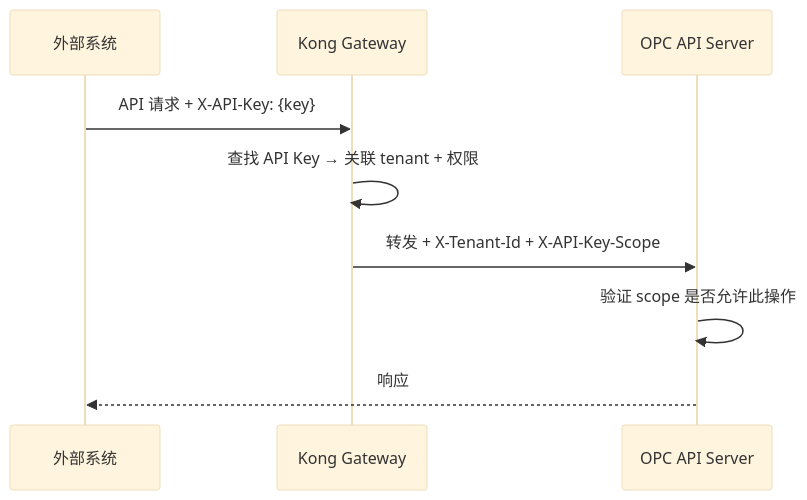
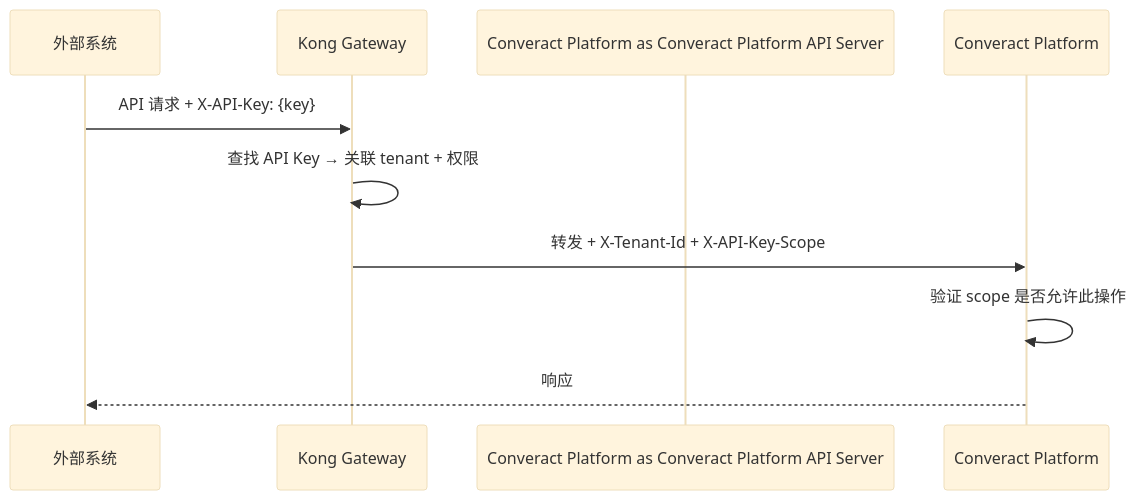
Before and after one commit to songgoldenwind-crypto/converact-platform: the fourth of 11 diagrams in docs/design/security-design.md, drawn with Mermaid (base theme). The commit also changed other lines of this file and 1807 other files, not shown here.

````diff
--- a/docs/design/security-design.md
+++ b/docs/design/security-design.md
@@ -314,12 +314,12 @@
 ```mermaid
 sequenceDiagram
     participant Client as 外部系统
     participant Kong as Kong Gateway
-    participant OPC as OPC API Server
+    participant Converact Platform as Converact Platform API Server
 
     Client->>Kong: API 请求 + X-API-Key: {key}
     Kong->>Kong: 查找 API Key → 关联 tenant + 权限
-    Kong->>OPC: 转发 + X-Tenant-Id + X-API-Key-Scope
-    OPC->>OPC: 验证 scope 是否允许此操作
-    OPC-->>Client: 响应
+    Kong->>Converact Platform: 转发 + X-Tenant-Id + X-API-Key-Scope
+    Converact Platform->>Converact Platform: 验证 scope 是否允许此操作
+    Converact Platform-->>Client: 响应
 ```
````
